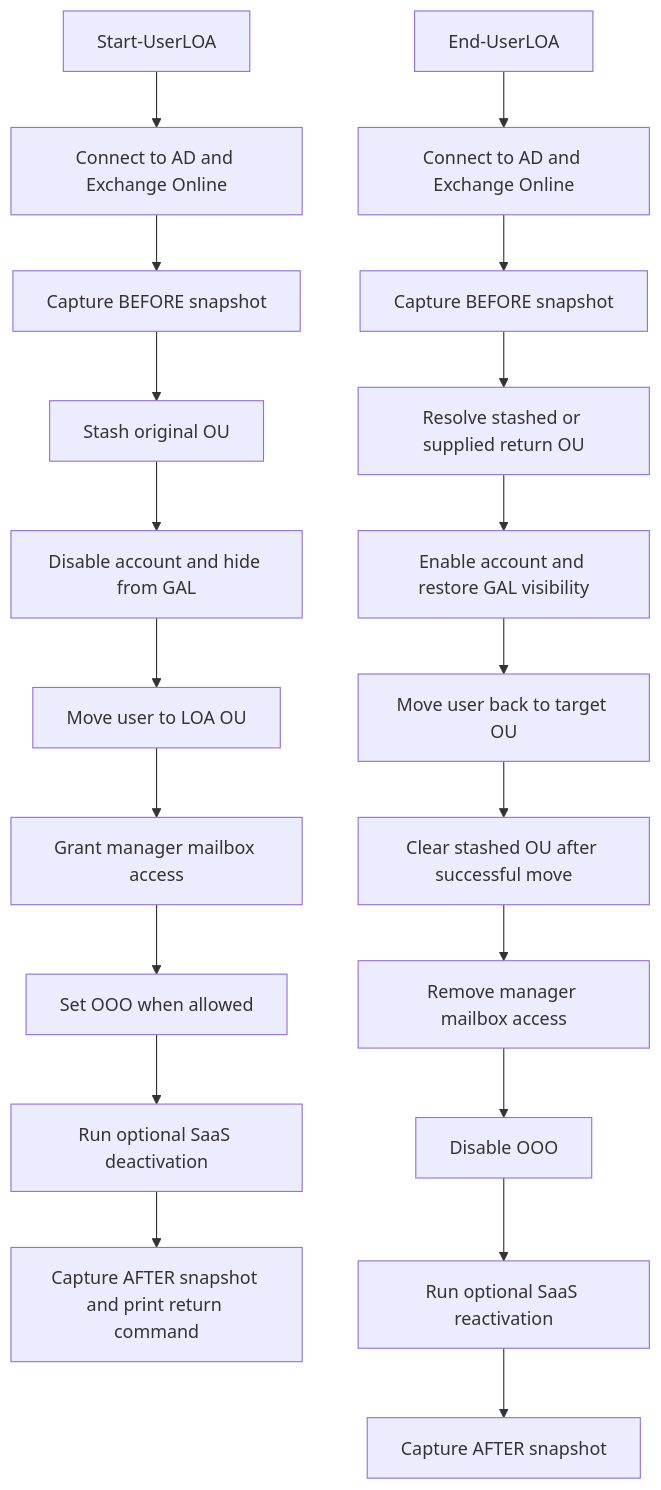
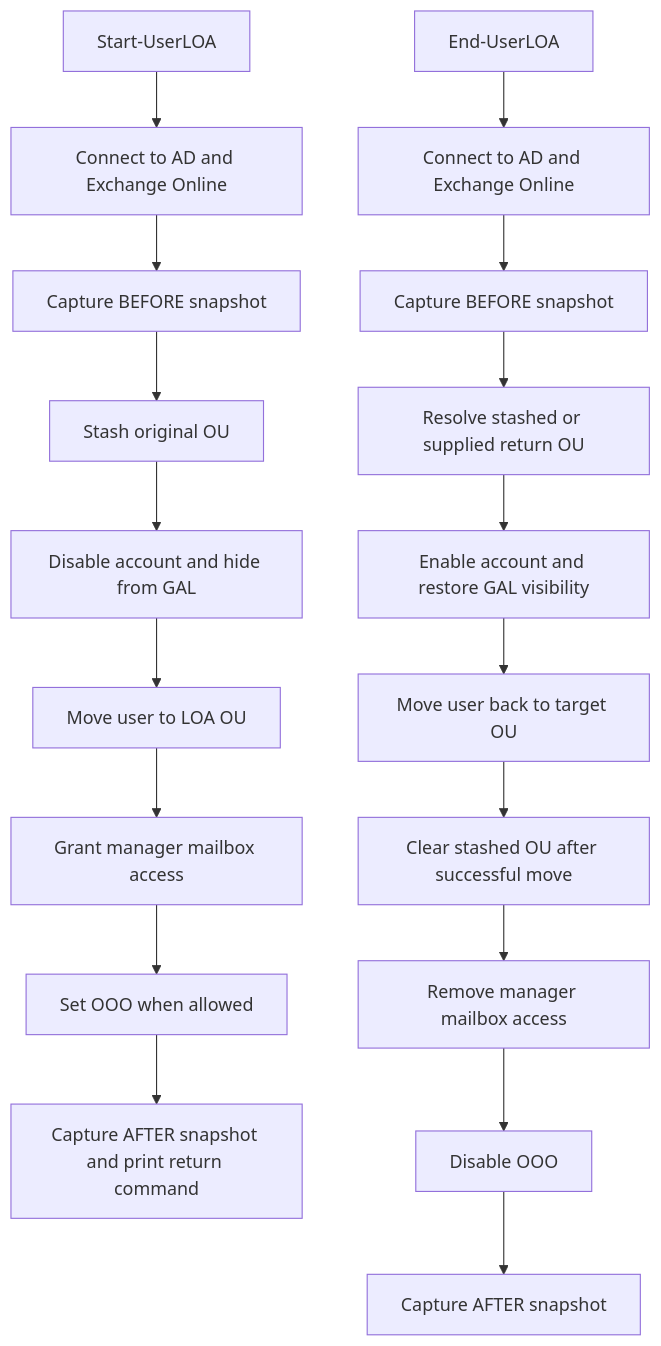
The diagram in README.md (Dhanzz1/manage-user-loa), drawn with Mermaid before and after one commit. The commit also changed other lines of this file and 8 other files, not shown here.

````diff
--- a/README.md
+++ b/README.md
@@ -108,23 +105,21 @@
 ```mermaid
 flowchart TD
     A[Start-UserLOA] --> B[Connect to AD and Exchange Online]
     B --> C[Capture BEFORE snapshot]
     C --> D[Stash original OU]
     D --> E[Disable account and hide from GAL]
     E --> F[Move user to LOA OU]
     F --> G[Grant manager mailbox access]
     G --> H[Set OOO when allowed]
-    H --> I[Run optional SaaS deactivation]
-    I --> J[Capture AFTER snapshot and print return command]
+    H --> J[Capture AFTER snapshot and print return command]
 
     K[End-UserLOA] --> L[Connect to AD and Exchange Online]
     L --> M[Capture BEFORE snapshot]
     M --> N[Resolve stashed or supplied return OU]
     N --> O[Enable account and restore GAL visibility]
     O --> P[Move user back to target OU]
     P --> Q[Clear stashed OU after successful move]
     Q --> R[Remove manager mailbox access]
     R --> S[Disable OOO]
-    S --> T[Run optional SaaS reactivation]
-    T --> U[Capture AFTER snapshot]
+    S --> U[Capture AFTER snapshot]
 ```
````
